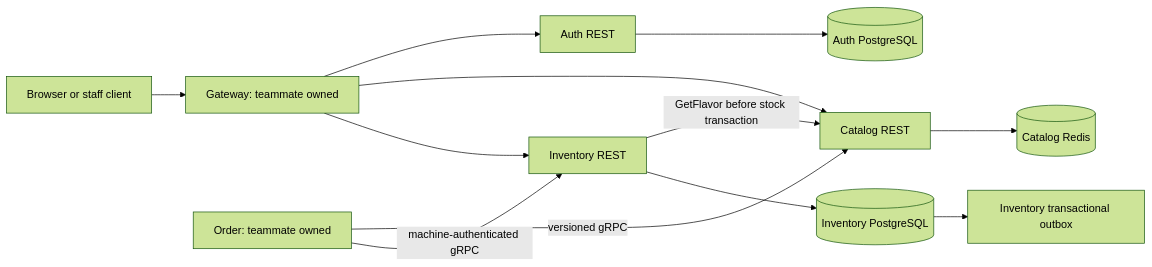
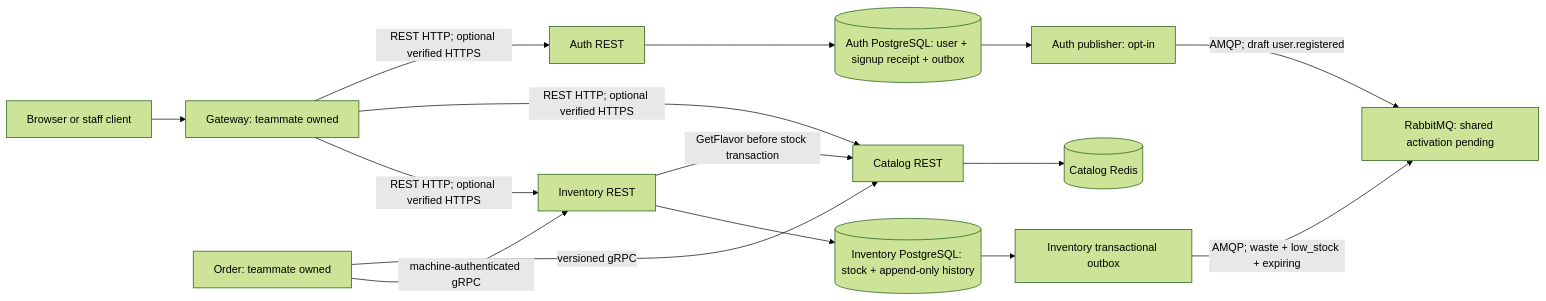
One commit to PhoengZ/backend-gelato-management changed the diagram in batch-inventory-service/docs/owned-nfr-handoff.md. Above: the diagram before and after it, drawn with Mermaid (forest theme). The commit also changed other lines of this file and 7 other files, not shown here.

````diff
--- a/batch-inventory-service/docs/owned-nfr-handoff.md
+++ b/batch-inventory-service/docs/owned-nfr-handoff.md
@@ -7,14 +7,17 @@
 ```mermaid
 flowchart LR
     Browser[Browser or staff client] --> Gateway[Gateway: teammate owned]
-    Gateway --> Auth[Auth REST]
-    Gateway --> Catalog[Catalog REST]
-    Gateway --> Inventory[Inventory REST]
+    Gateway -->|REST HTTP; optional verified HTTPS| Auth[Auth REST]
+    Gateway -->|REST HTTP; optional verified HTTPS| Catalog[Catalog REST]
+    Gateway -->|REST HTTP; optional verified HTTPS| Inventory[Inventory REST]
     Order[Order: teammate owned] -->|versioned gRPC| Catalog
     Order -->|machine-authenticated gRPC| Inventory
     Inventory -->|GetFlavor before stock transaction| Catalog
-    Auth --> AuthDB[(Auth PostgreSQL)]
+    Auth --> AuthDB[(Auth PostgreSQL: user + signup receipt + outbox)]
     Catalog --> CatalogDB[(Catalog Redis)]
-    Inventory --> InventoryDB[(Inventory PostgreSQL)]
+    Inventory --> InventoryDB[(Inventory PostgreSQL: stock + append-only history)]
+    AuthDB --> AuthOutbox[Auth publisher: opt-in]
+    AuthOutbox -->|AMQP; draft user.registered| Broker[RabbitMQ: shared activation pending]
     InventoryDB --> Outbox[Inventory transactional outbox]
+    Outbox -->|AMQP; waste + low_stock + expiring| Broker
 ```
````
